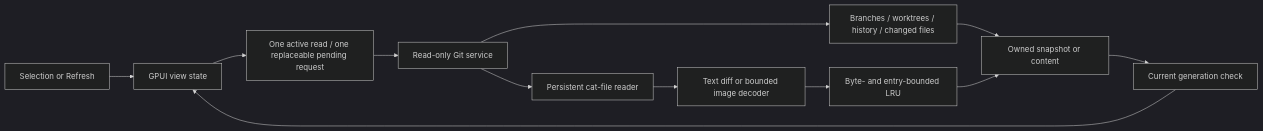
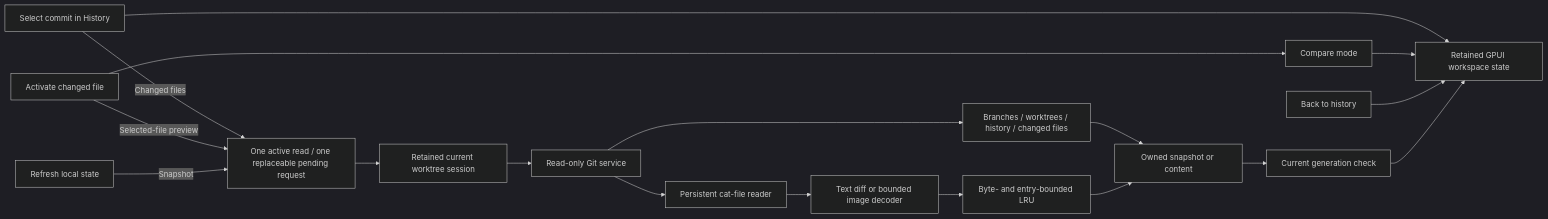
One commit to FernandoX7/GitTurtle changed the diagram in docs/architecture.md. Above: the diagram before and after it, drawn with Mermaid (dark theme). The commit also changed other lines of this file and 12 other files, not shown here.

````diff
--- a/docs/architecture.md
+++ b/docs/architecture.md
@@ -5,14 +5,20 @@
 ```mermaid
 flowchart LR
-    Input[Selection or Refresh] --> UI[GPUI view state]
-    UI --> Queue[One active read / one replaceable pending request]
-    Queue --> Git[Read-only Git service]
+    Commit[Select commit in History] --> UI[Retained GPUI workspace state]
+    File[Activate changed file] --> Compare[Compare mode]
+    Compare --> UI
+    Back[Back to history] --> UI
+    Commit -->|Changed files| Queue[One active read / one replaceable pending request]
+    File -->|Selected-file preview| Queue
+    Refresh[Refresh local state] -->|Snapshot| Queue
+    Queue --> Session[Retained current worktree session]
+    Session --> Git[Read-only Git service]
     Git --> Objects[Persistent cat-file reader]
     Git --> Metadata[Branches / worktrees / history / changed files]
     Objects --> Preview[Text diff or bounded image decoder]
     Preview --> Cache[Byte- and entry-bounded LRU]
     Metadata --> Result[Owned snapshot or content]
     Cache --> Result
     Result --> Generation[Current generation check]
     Generation --> UI
 ```
````
